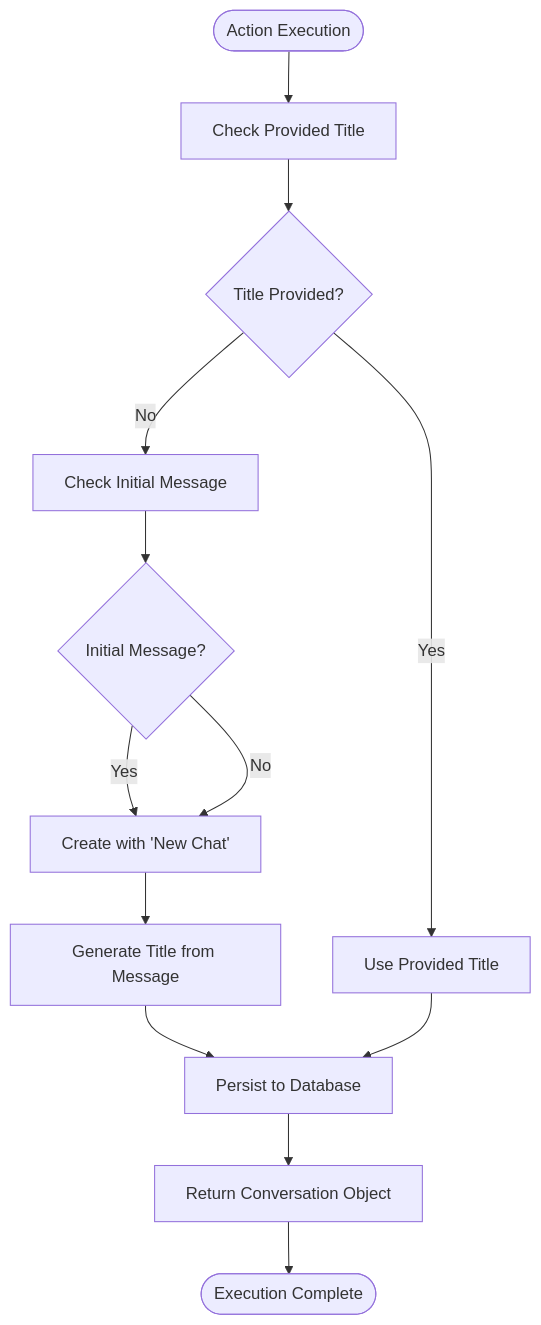
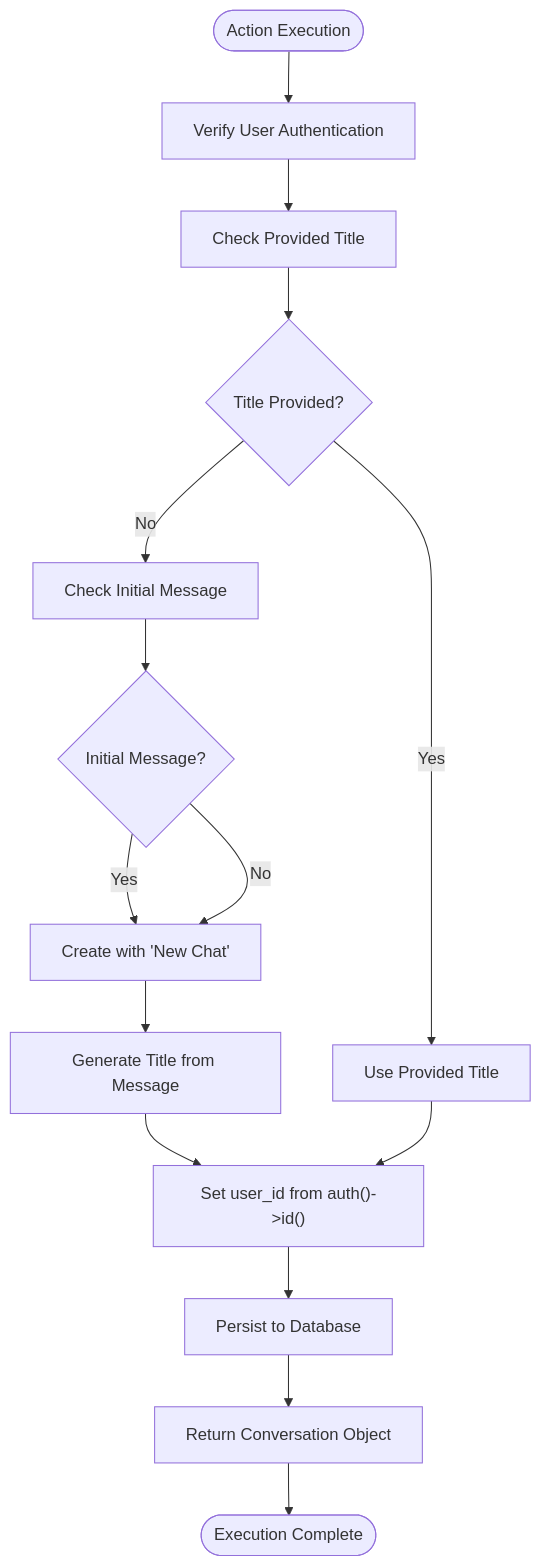
One commit to siimliimand/laravel-assistant changed the fourth of 9 diagrams in .qoder/repowiki/en/content/Actions Layer Specification.md. Above: the diagram before and after it, drawn with Mermaid. The commit also changed other lines of this file and 5 other files, not shown here.

First line of the commit message:
feat(auth): integrate comprehensive user authentication and ownership validation

````diff
--- a/.qoder/repowiki/en/content/Actions Layer Specification.md
+++ b/.qoder/repowiki/en/content/Actions Layer Specification.md
@@ -243,15 +251,17 @@
 ```mermaid
 flowchart TD
-Start([Action Execution]) --> CheckTitle["Check Provided Title"]
+Start([Action Execution]) --> CheckAuth["Verify User Authentication"]
+CheckAuth --> CheckTitle["Check Provided Title"]
 CheckTitle --> HasTitle{"Title Provided?"}
 HasTitle --> |Yes| UseProvidedTitle["Use Provided Title"]
 HasTitle --> |No| CheckMessage["Check Initial Message"]
 CheckMessage --> HasMessage{"Initial Message?"}
 HasMessage --> |Yes| CreateDefault["Create with 'New Chat'"]
 HasMessage --> |No| CreateDefault
 CreateDefault --> GenerateTitle["Generate Title from Message"]
-GenerateTitle --> Persist["Persist to Database"]
-UseProvidedTitle --> Persist
+GenerateTitle --> SetUserId["Set user_id from auth()->id()"]
+SetUserId --> Persist["Persist to Database"]
+UseProvidedTitle --> SetUserId
 Persist --> Return["Return Conversation Object"]
 Return --> End([Execution Complete])
 ```
````
